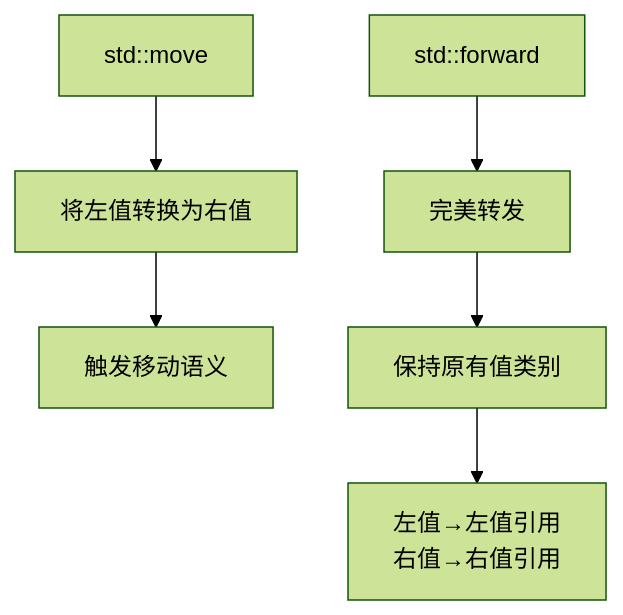
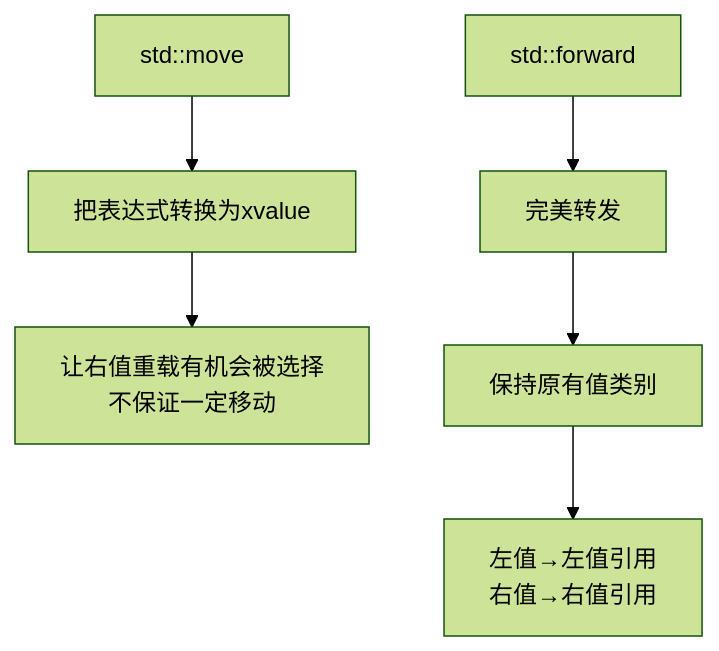
The third of 5 diagrams in week_04/day_22/README.md (mlbo/cpp_learning), drawn with Mermaid (forest theme) before and after one commit. The commit also changed other lines of this file and 675 other files, not shown here.

````diff
--- a/week_04/day_22/README.md
+++ b/week_04/day_22/README.md
@@ -266,9 +263,9 @@
 ```mermaid
 graph TB
-    A["std::move"] --> B["将左值转换为右值"]
-    B --> C["触发移动语义"]
+    A["std::move"] --> B["把表达式转换为xvalue"]
+    B --> C["让右值重载有机会被选择<br/>不保证一定移动"]
     
     D["std::forward"] --> E["完美转发"]
     E --> F["保持原有值类别"]
     F --> G["左值→左值引用<br>右值→右值引用"]
 ```
````
